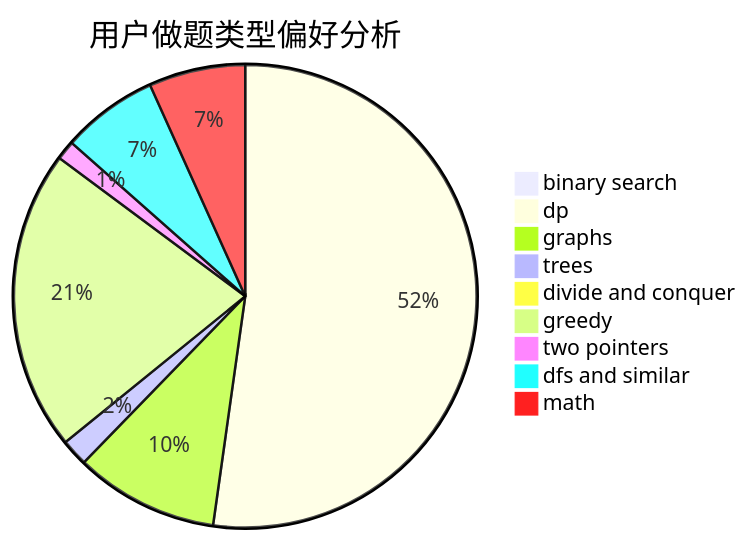
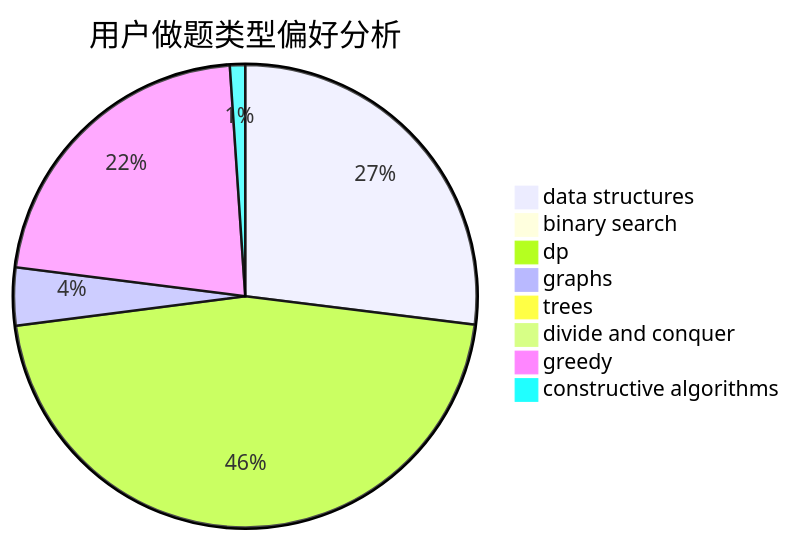
The second of 3 diagrams in docs/user/u876.md (sherpahu/cfrs.github.io), drawn with Mermaid before and after one commit. The commit also changed other lines of this file and 2775 other files, not shown here.

````diff
--- a/docs/user/u876.md
+++ b/docs/user/u876.md
@@ -23,12 +23,11 @@
 ```mermaid
 pie title 用户做题类型偏好分析
-    "binary search" :  10
-    "dp" :  775
-    "graphs" :  149
-    "trees" :  28
+    "data structures" :  354
+    "binary search" :  4
+    "dp" :  604
+    "graphs" :  53
+    "trees" :  4
     "divide and conquer" :  0
-    "greedy" :  312
-    "two pointers" :  20
-    "dfs and similar" :  100
-    "math" :  100
+    "greedy" :  288
+    "constructive algorithms" :  14
 ```
````
